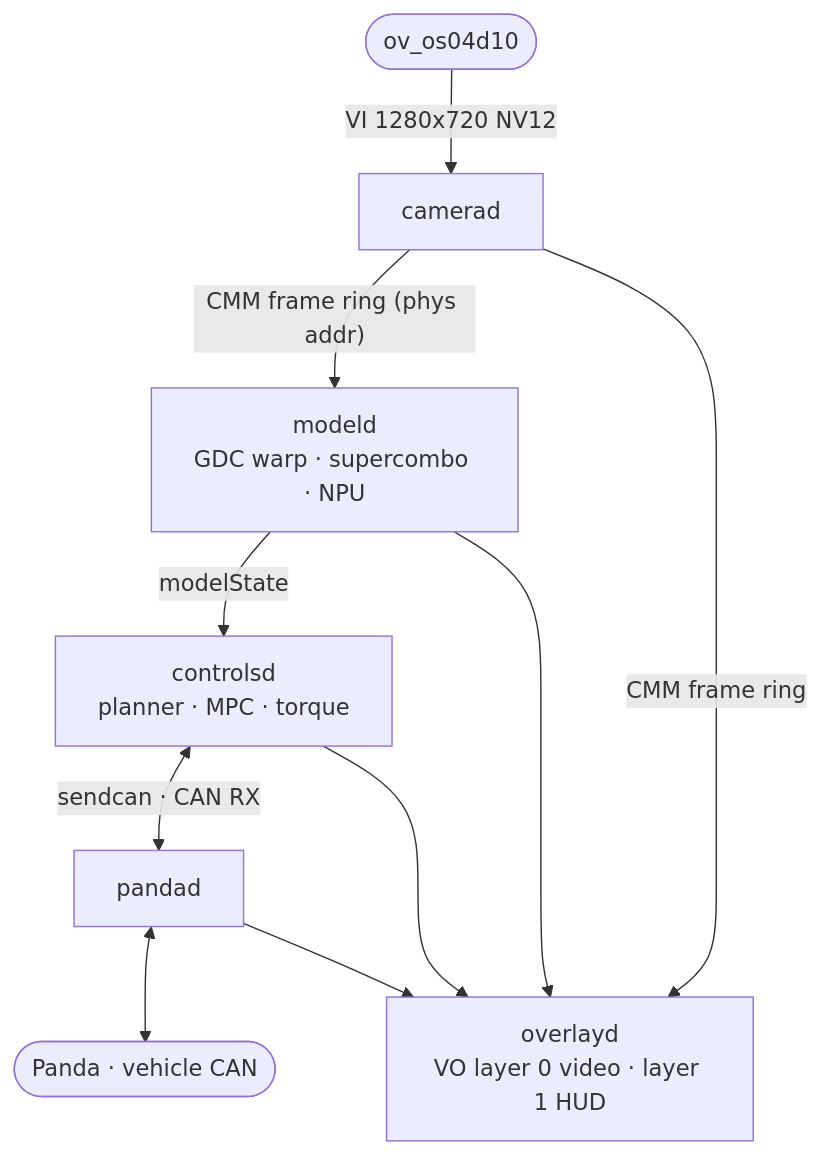
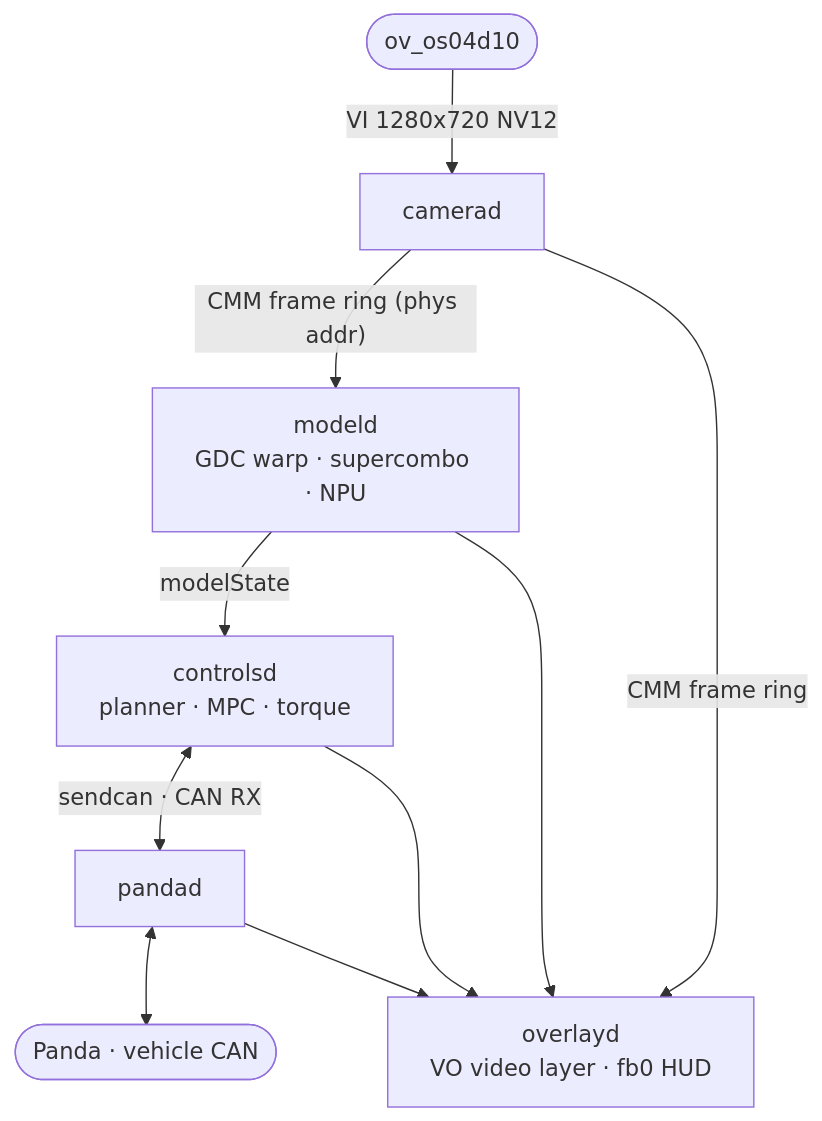
Before and after one commit to Deggory/edgepilot: the diagram in README.md, drawn with Mermaid. The commit also changed 72 other files, not shown here.

````diff
--- a/README.md
+++ b/README.md
@@ -60,10 +60,10 @@
 ```mermaid
 flowchart TB
   camera([ov_os04d10]) -->|VI 1280x720 NV12| camerad[camerad]
   camerad -->|"CMM frame ring (phys addr)"| modeld["modeld<br/>GDC warp · supercombo · NPU"]
-  camerad -->|CMM frame ring| overlayd["overlayd<br/>VO layer 0 video · layer 1 HUD"]
+  camerad -->|CMM frame ring| overlayd["overlayd<br/>VO video layer · fb0 HUD"]
   modeld -->|modelState| controlsd["controlsd<br/>planner · MPC · torque"]
   controlsd <-->|"sendcan · CAN RX"| pandad[pandad]
   pandad <--> panda(["Panda · vehicle CAN"])
   modeld & controlsd & pandad --> overlayd
 ```
````
